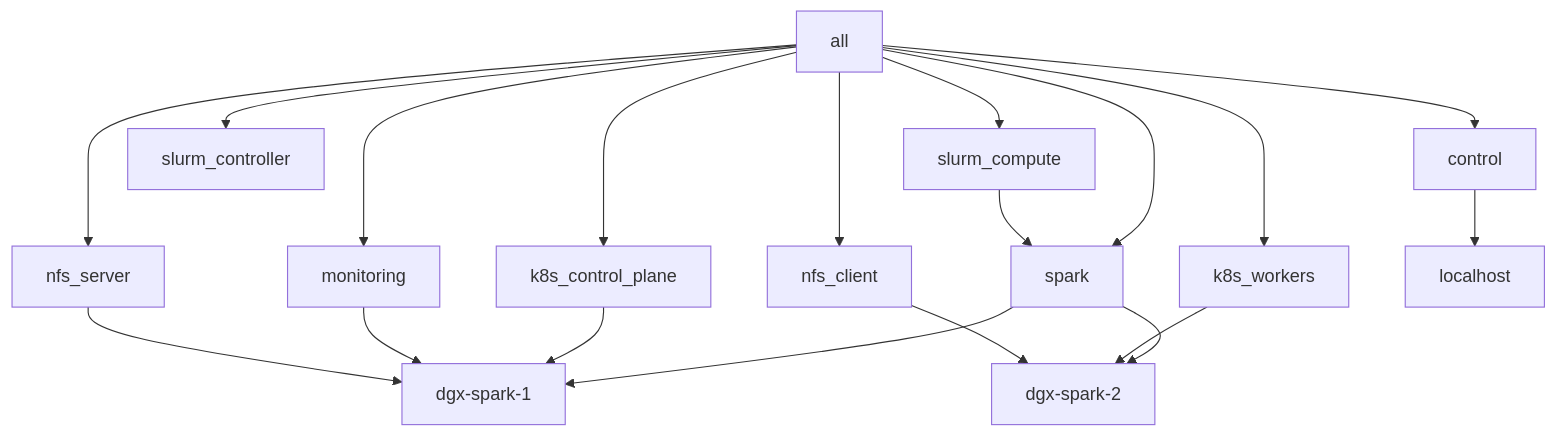
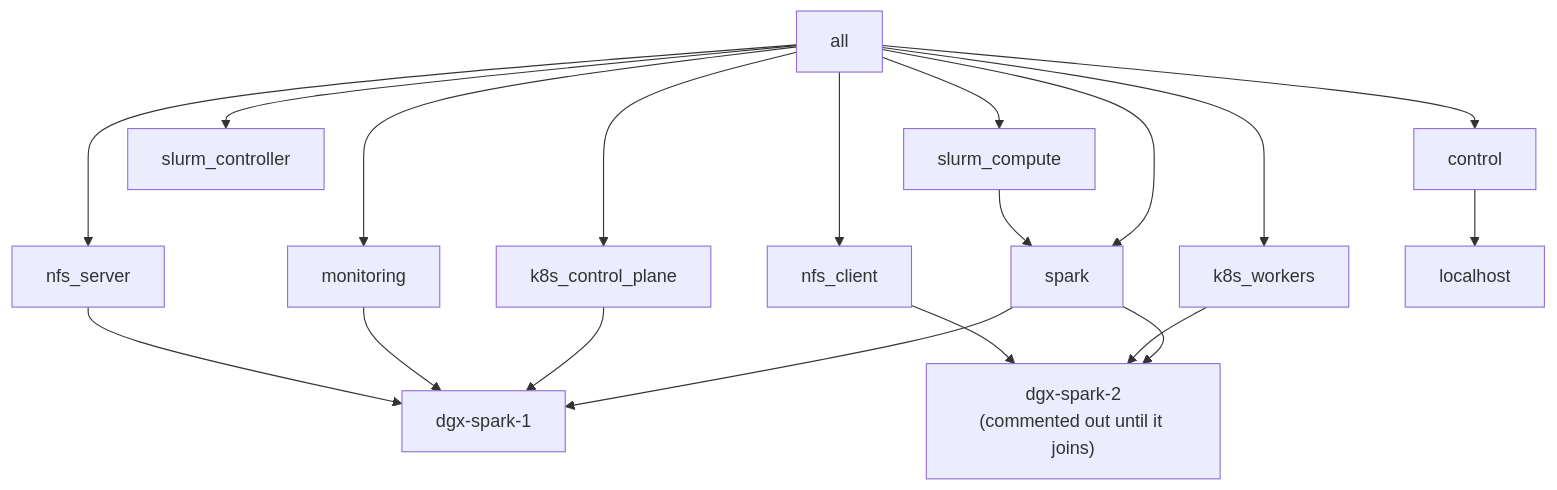
Before and after one commit to cloudone365/technical-depth: the second of 2 diagrams in 01-Ansible/02-control-node-and-ansible-core.md, drawn with Mermaid. The commit also changed other lines of this file and 91 other files, not shown here.

First line of the commit message:
Docs audit 01-04: fix mistakes found against the lab files; step-by-step flows

````diff
--- a/01-Ansible/02-control-node-and-ansible-core.md
+++ b/01-Ansible/02-control-node-and-ansible-core.md
@@ -72,13 +72,13 @@
 ```mermaid
 flowchart TB
   all --> spark
   all --> control & k8s_control_plane & k8s_workers & slurm_controller & slurm_compute & monitoring & nfs_server & nfs_client
   control --> lh[localhost]
-  spark --> s1[dgx-spark-1] & s2[dgx-spark-2]
+  spark --> s1[dgx-spark-1] & s2["dgx-spark-2<br/>(commented out until it joins)"]
   k8s_control_plane --> s1
   k8s_workers --> s2
   slurm_compute --> spark
   monitoring --> s1
   nfs_server --> s1
   nfs_client --> s2
 ```
````
